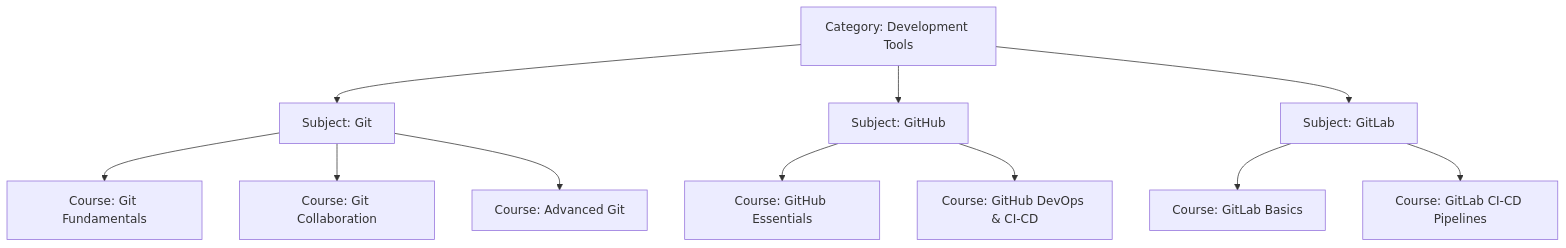
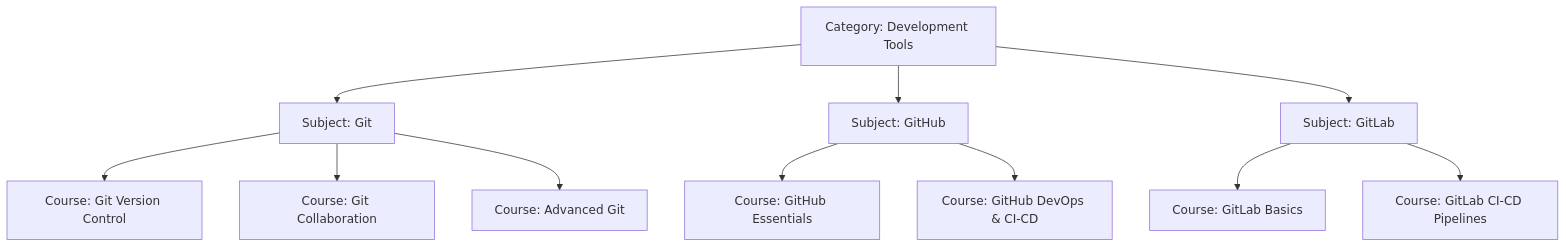
The diagram in docs/curriculum/foundations/programming/03-git-version-control/_01_01_git_github_gitlab_curriculum.md (rajasekarrk96/study_material), drawn with Mermaid before and after one commit. The commit also changed other lines of this file and 1717 other files, not shown here.

````diff
--- a/docs/curriculum/foundations/programming/03-git-version-control/_01_01_git_github_gitlab_curriculum.md
+++ b/docs/curriculum/foundations/programming/03-git-version-control/_01_01_git_github_gitlab_curriculum.md
@@ -19,16 +19,16 @@
 ```mermaid
 graph TD
     Cat[Category: Development Tools] --> SubGit[Subject: Git]
     Cat --> SubGH[Subject: GitHub]
     Cat --> SubGL[Subject: GitLab]
 
-    SubGit --> CG1[Course: Git Fundamentals]
+    SubGit --> CG1[Course: Git Version Control]
     SubGit --> CG2[Course: Git Collaboration]
     SubGit --> CG3[Course: Advanced Git]
     
     SubGH --> CGH1[Course: GitHub Essentials]
     SubGH --> CGH2[Course: GitHub DevOps & CI-CD]
     
     SubGL --> CGL1[Course: GitLab Basics]
     SubGL --> CGL2[Course: GitLab CI-CD Pipelines]
 ```
````
